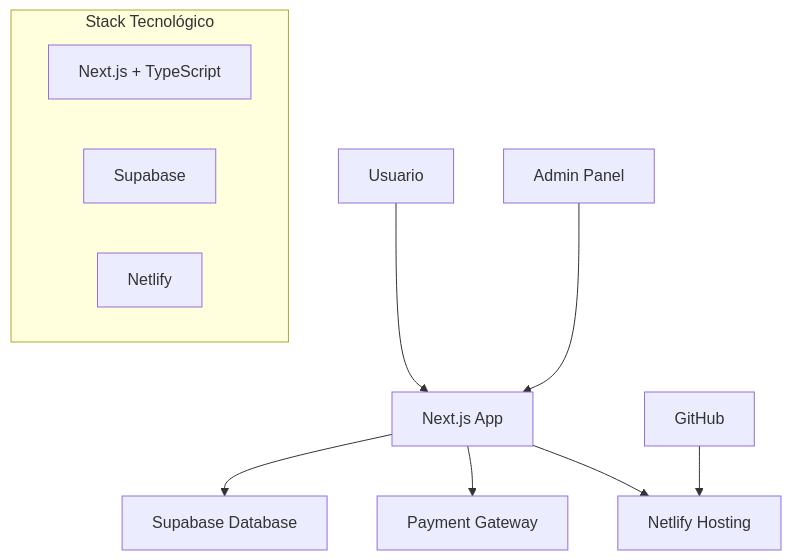
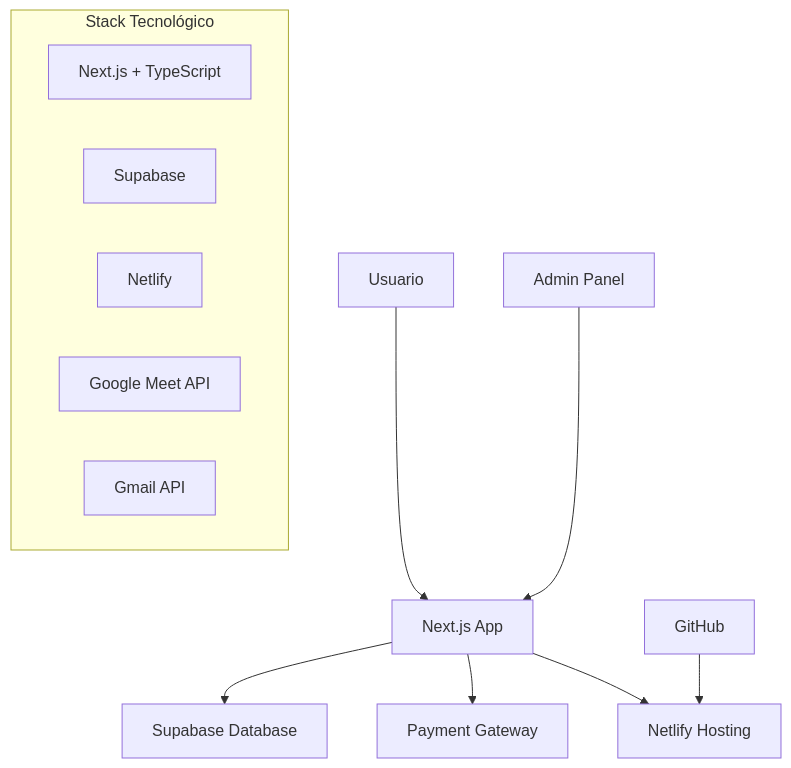
Before and after one commit to miguelfiguera/PropuestaPsicoElia: the first of 3 diagrams in README.md, drawn with Mermaid. The commit also changed other lines of this file, not shown here.

````diff
--- a/README.md
+++ b/README.md
@@ -94,15 +124,17 @@
 ```mermaid
 graph TB
     A[Usuario] --> B[Next.js App]
     B --> C[Supabase Database]
     B --> D[Payment Gateway]
     E[Admin Panel] --> B
     F[GitHub] --> G[Netlify Hosting]
     B --> G
 
     subgraph "Stack Tecnológico"
         H[Next.js + TypeScript]
         I[Supabase]
         J[Netlify]
+        K[Google Meet API]
+        L[Gmail API]
     end
 ```
````
